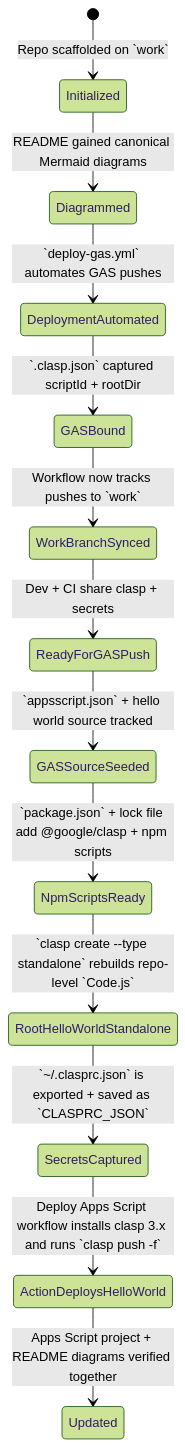
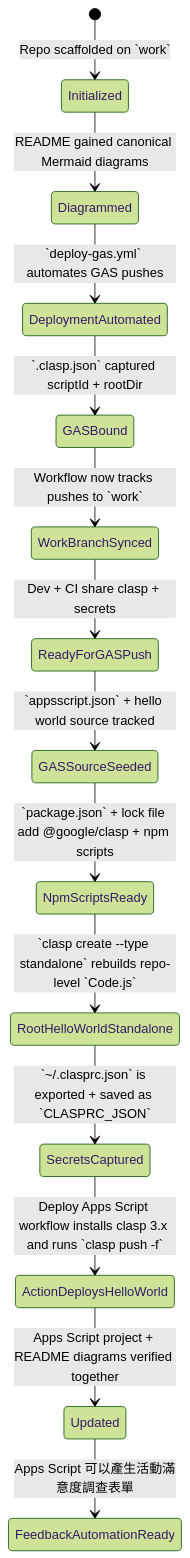
Before and after one commit to muyueh/test-clasp: the second of 5 diagrams in README.md, drawn with Mermaid (forest theme). The commit also changed other lines of this file and 1 other file, not shown here.

````diff
--- a/README.md
+++ b/README.md
@@ -51,15 +56,16 @@
 ```mermaid
 stateDiagram-v2
     [*] --> Initialized: Repo scaffolded on `work`
     Initialized --> Diagrammed: README gained canonical Mermaid diagrams
     Diagrammed --> DeploymentAutomated: `deploy-gas.yml` automates GAS pushes
     DeploymentAutomated --> GASBound: `.clasp.json` captured scriptId + rootDir
     GASBound --> WorkBranchSynced: Workflow now tracks pushes to `work`
     WorkBranchSynced --> ReadyForGASPush: Dev + CI share clasp + secrets
     ReadyForGASPush --> GASSourceSeeded: `appsscript.json` + hello world source tracked
     GASSourceSeeded --> NpmScriptsReady: `package.json` + lock file add @google/clasp + npm scripts
     NpmScriptsReady --> RootHelloWorldStandalone: `clasp create --type standalone` rebuilds repo-level `Code.js`
     RootHelloWorldStandalone --> SecretsCaptured: `~/.clasprc.json` is exported + saved as `CLASPRC_JSON`
     SecretsCaptured --> ActionDeploysHelloWorld: Deploy Apps Script workflow installs clasp 3.x and runs `clasp push -f`
     ActionDeploysHelloWorld --> Updated: Apps Script project + README diagrams verified together
+    Updated --> FeedbackAutomationReady: Apps Script 可以產生活動滿意度調查表單
 ```
````
